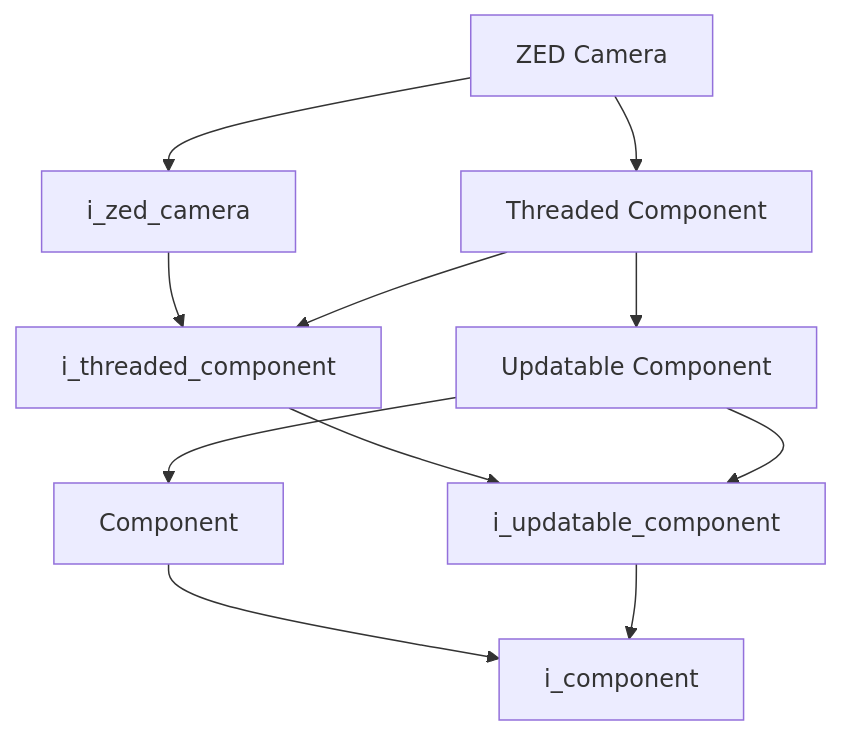
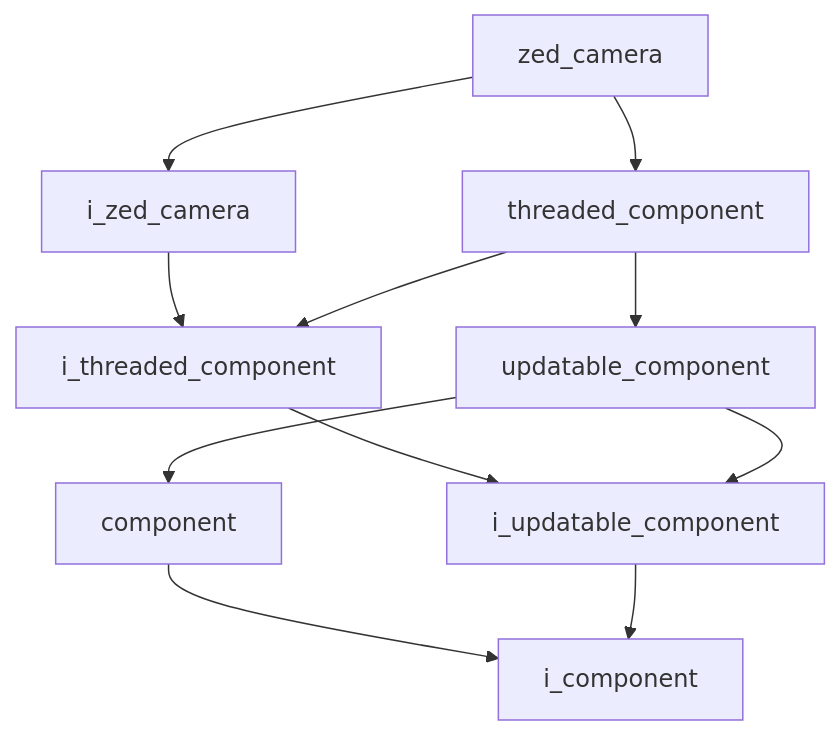
The first of 2 diagrams in docs/codebase/namespaces/vision/implementation/zed_camera.md (kasper-szczerba/autonomous_control_system_wiki), drawn with Mermaid before and after one commit. The commit also changed other lines of this file and 41 other files, not shown here.

````diff
--- a/docs/codebase/namespaces/vision/implementation/zed_camera.md
+++ b/docs/codebase/namespaces/vision/implementation/zed_camera.md
@@ -15,14 +15,14 @@
 ```mermaid
 graph TD
-    zed_camera["ZED Camera"]
-    component["Component"] --> i_component["i_component"]
+    zed_camera["zed_camera"]
+    component["component"] --> i_component["i_component"]
     i_threaded_component["i_threaded_component"] --> i_updatable_component["i_updatable_component"]
     i_updatable_component["i_updatable_component"] --> i_component["i_component"]
     i_zed_camera["i_zed_camera"] --> i_threaded_component["i_threaded_component"]
-    threaded_component["Threaded Component"] --> i_threaded_component["i_threaded_component"]
-    threaded_component["Threaded Component"] --> updatable_component["Updatable Component"]
-    updatable_component["Updatable Component"] --> component["Component"]
-    updatable_component["Updatable Component"] --> i_updatable_component["i_updatable_component"]
-    zed_camera["ZED Camera"] --> i_zed_camera["i_zed_camera"]
-    zed_camera["ZED Camera"] --> threaded_component["Threaded Component"]
+    threaded_component["threaded_component"] --> i_threaded_component["i_threaded_component"]
+    threaded_component["threaded_component"] --> updatable_component["updatable_component"]
+    updatable_component["updatable_component"] --> component["component"]
+    updatable_component["updatable_component"] --> i_updatable_component["i_updatable_component"]
+    zed_camera["zed_camera"] --> i_zed_camera["i_zed_camera"]
+    zed_camera["zed_camera"] --> threaded_component["threaded_component"]
 ```
````
